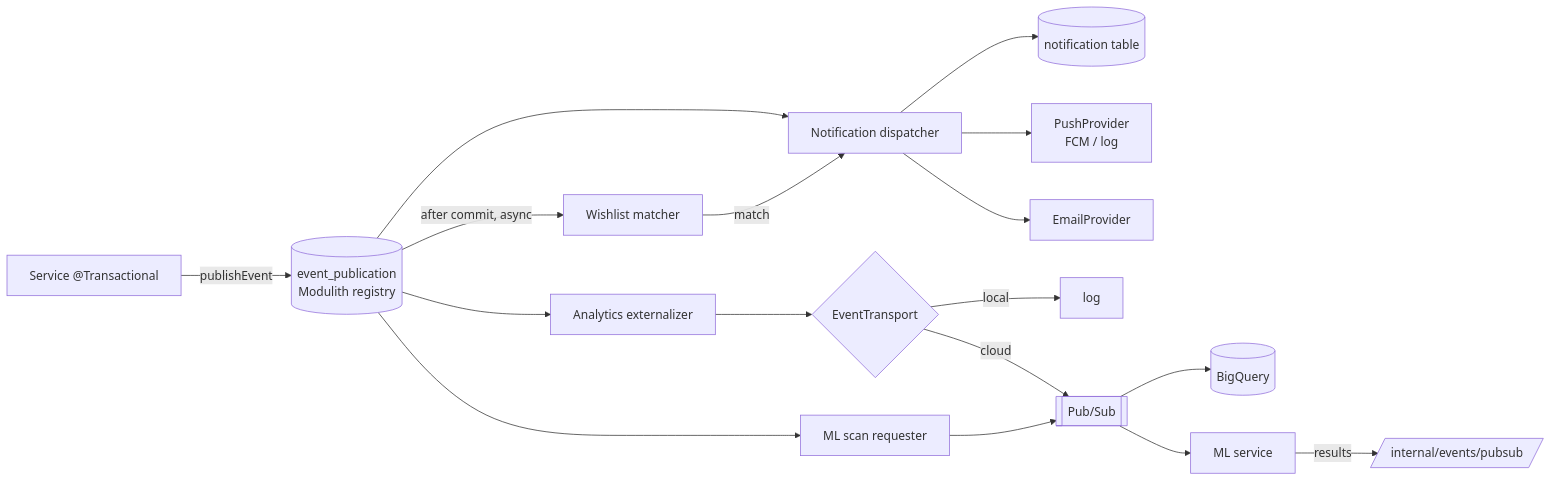
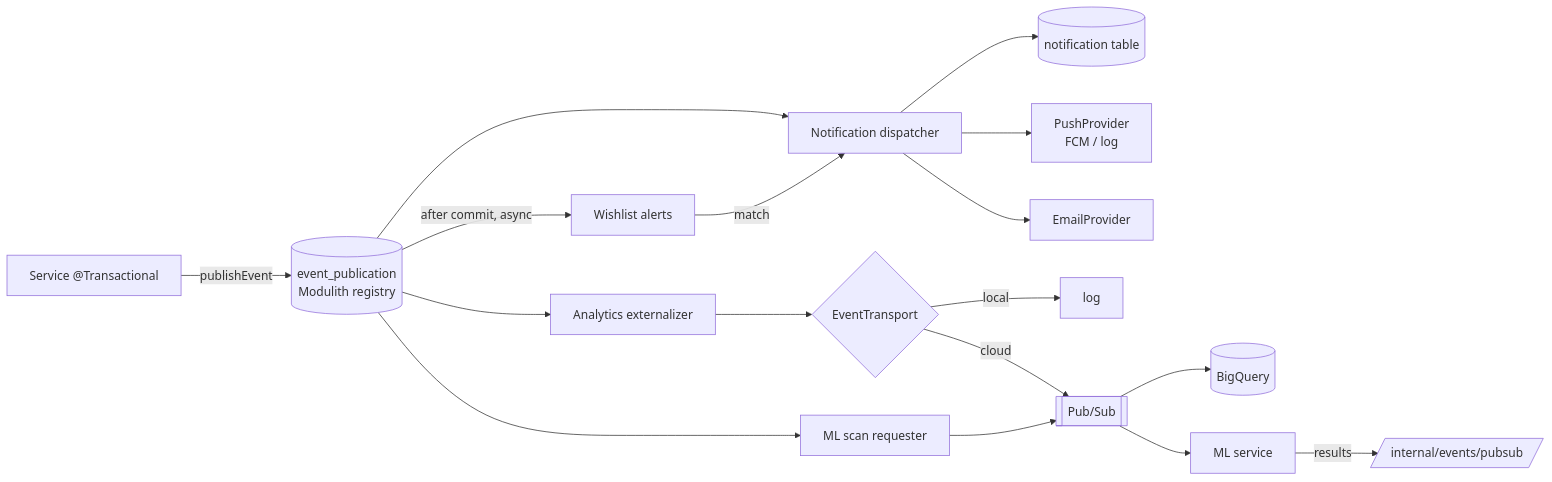
Before and after one commit to yunjiPoly/OrenjiTrade: the sixth of 7 diagrams in docs/architecture/ARCHITECTURE.md, drawn with Mermaid. The commit also changed 13 other files, not shown here.

First line of the commit message:
docs: stage S2 wishlist contract, wishlist alerts instead of matches

````diff
--- a/docs/architecture/ARCHITECTURE.md
+++ b/docs/architecture/ARCHITECTURE.md
@@ -203,17 +203,17 @@
 ```mermaid
 flowchart LR
   S[Service @Transactional] -->|publishEvent| R[(event_publication<br/>Modulith registry)]
-  R -->|after commit, async| H1[Wishlist matcher]
+  R -->|after commit, async| H1[Wishlist alerts]
   R --> H2[Notification dispatcher]
   R --> H3[Analytics externalizer]
   R --> H4[ML scan requester]
   H1 -->|match| H2
   H2 --> InApp[(notification table)]
   H2 --> Push[PushProvider<br/>FCM / log]
   H2 --> Mail[EmailProvider]
   H3 --> T{EventTransport}
   T -->|local| Log[log]
   T -->|cloud| PS[[Pub/Sub]] --> BQ[(BigQuery)]
   H4 --> PS --> ML[ML service]
   ML -->|results| API[/internal/events/pubsub/]
 ```
````
